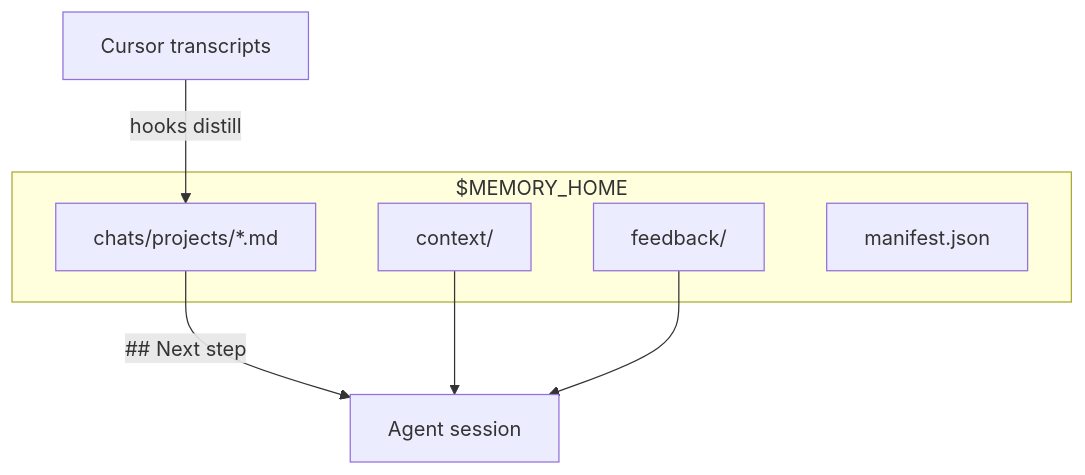
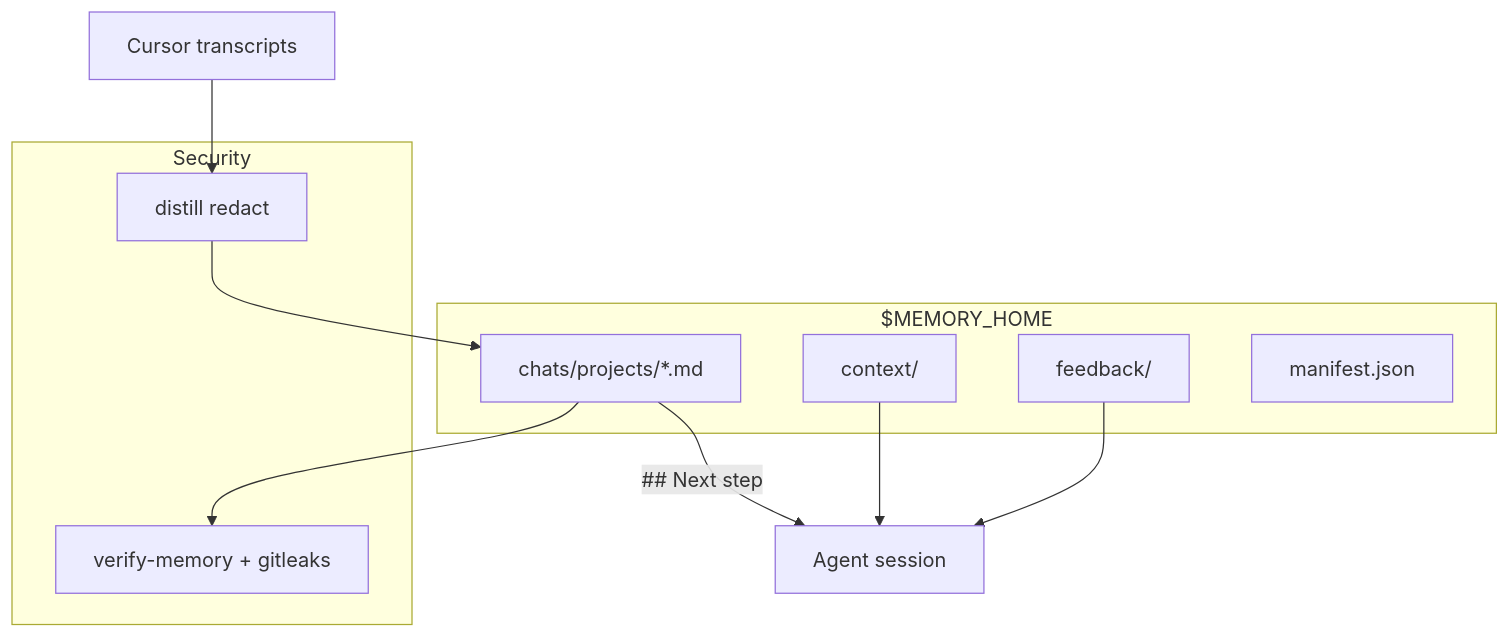
Before and after one commit to raphael-batte/cursor-agent-memory: the diagram in README.md, drawn with Mermaid. The commit also changed other lines of this file and 8 other files, not shown here.

First line of the commit message:
docs: surface security in descriptions and schema (v0.12.4)

````diff
--- a/README.md
+++ b/README.md
@@ -50,16 +51,21 @@
 ```mermaid
 flowchart TB
   subgraph hub ["$MEMORY_HOME"]
     GC[context/]
     FB[feedback/]
     CH["chats/projects/*.md"]
     MF[manifest.json]
   end
+  subgraph guard ["Security"]
+    RD[distill redact]
+    VF[verify-memory + gitleaks]
+  end
   TR[Cursor transcripts]
   AG[Agent session]
 
-  TR -->|hooks distill| CH
+  TR --> RD --> CH
+  CH --> VF
   CH -->|## Next step| AG
   GC --> AG
   FB --> AG
 ```
````
